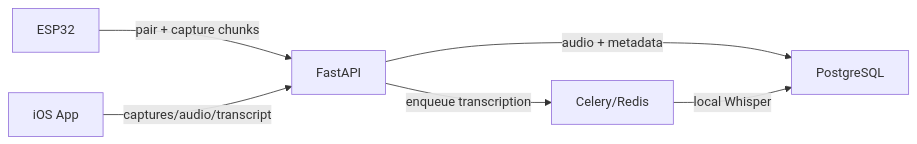
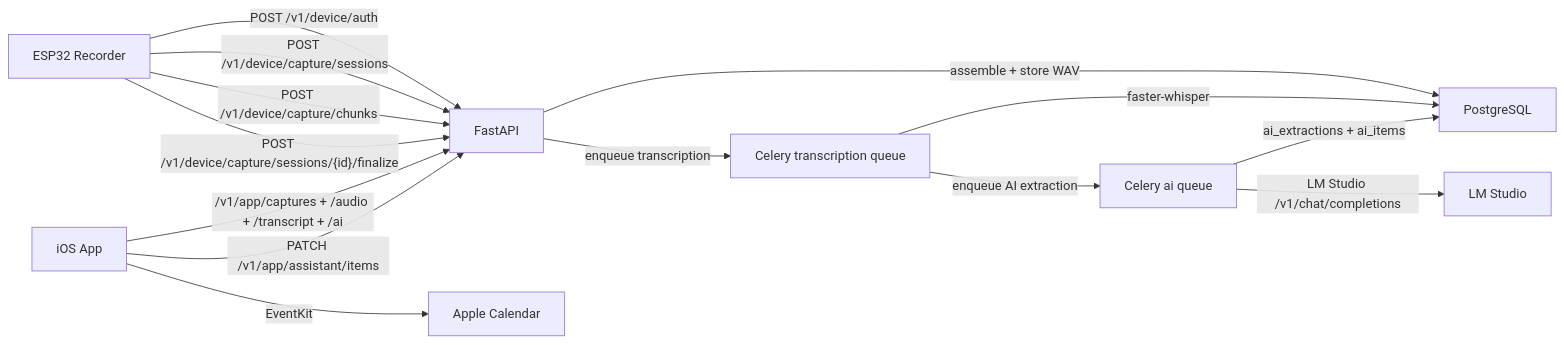
One commit to YaduEnc/CortX changed the diagram in README.md. Above: the diagram before and after it, drawn with Mermaid. The commit also changed other lines of this file and 41 other files, not shown here.

````diff
--- a/README.md
+++ b/README.md
@@ -17,8 +78,16 @@
 ```mermaid
 flowchart LR
-  A["ESP32"] -->|"pair + capture chunks"| B["FastAPI"]
-  B -->|"audio + metadata"| C["PostgreSQL"]
-  B -->|"enqueue transcription"| D["Celery/Redis"]
-  D -->|"local Whisper"| C
-  E["iOS App"] -->|"captures/audio/transcript"| B
+  A["ESP32 Recorder"] -->|"POST /v1/device/auth"| B["FastAPI"]
+  A -->|"POST /v1/device/capture/sessions"| B
+  A -->|"POST /v1/device/capture/chunks"| B
+  A -->|"POST /v1/device/capture/sessions/{id}/finalize"| B
+  B -->|"assemble + store WAV"| C["PostgreSQL"]
+  B -->|"enqueue transcription"| D["Celery transcription queue"]
+  D -->|"faster-whisper"| C
+  D -->|"enqueue AI extraction"| E["Celery ai queue"]
+  E -->|"LM Studio /v1/chat/completions"| F["LM Studio"]
+  E -->|"ai_extractions + ai_items"| C
+  G["iOS App"] -->|"/v1/app/captures + /audio + /transcript + /ai"| B
+  G -->|"PATCH /v1/app/assistant/items"| B
+  G -->|"EventKit"| H["Apple Calendar"]
 ```
````
